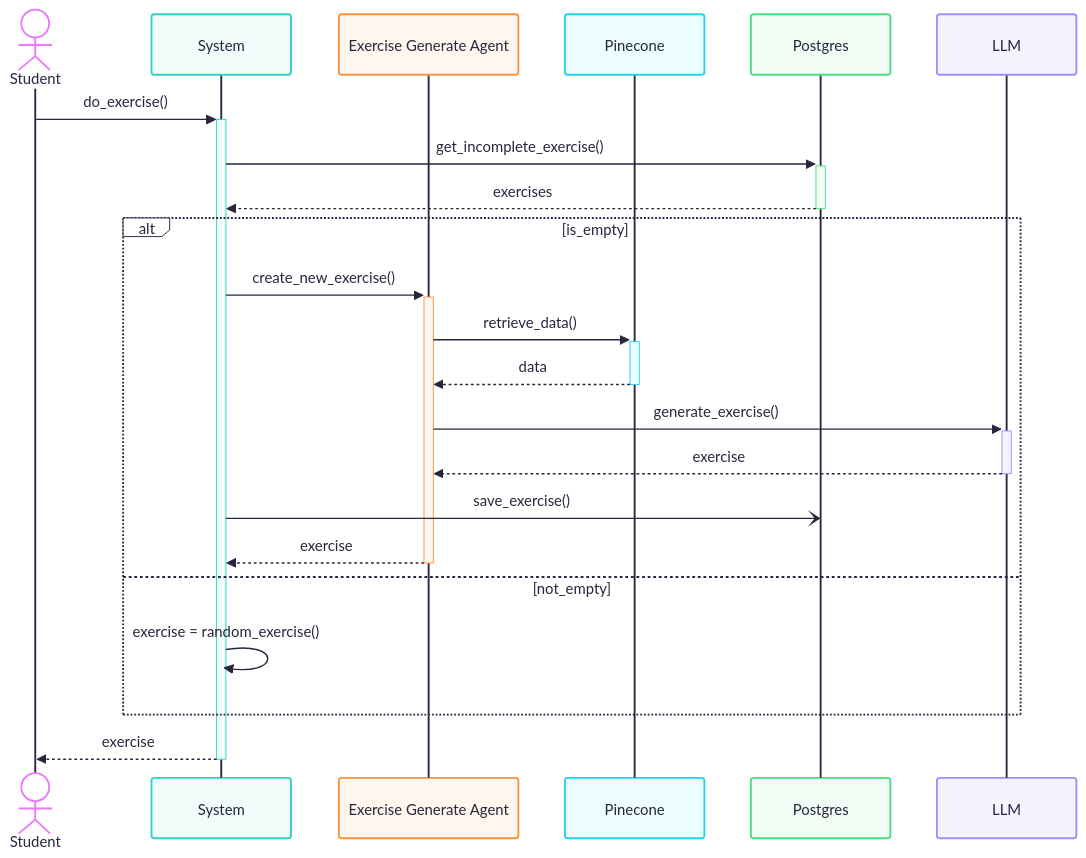
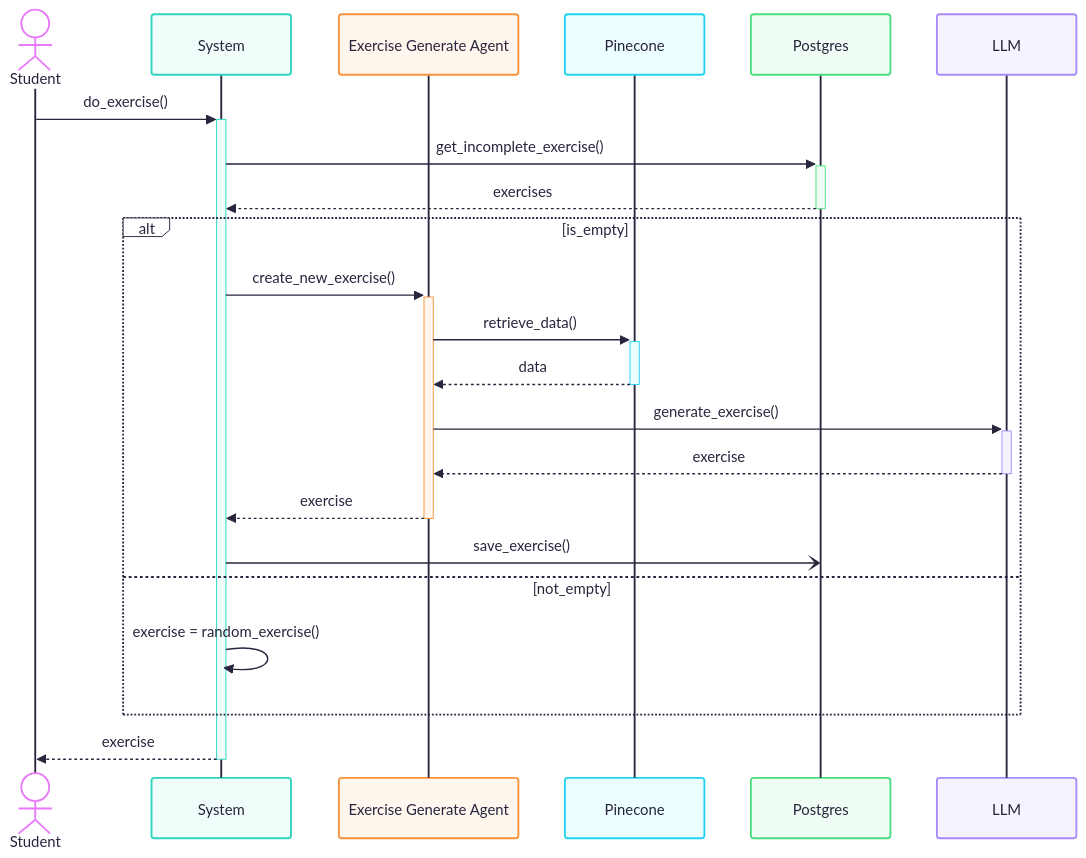
One commit to htilssu/DayGiaiThuat changed the diagram in docs/sequence/create_question_sq.md. Above: the diagram before and after it, drawn with Mermaid.

````diff
--- a/docs/sequence/create_question_sq.md
+++ b/docs/sequence/create_question_sq.md
@@ -1,28 +1,29 @@
 ```mermaid
 ---
 config:
   theme: redux-color
 ---
 sequenceDiagram
   actor A1 as Student
   participant P1 as System
   participant P2 as Exercise Generate Agent
   participant P3 as Pinecone
   participant P4 as Postgres
   participant P5 as LLM
   A1 ->>+ P1: do_exercise()
   P1 ->>+ P4: get_incomplete_exercise()
   P4 -->>- P1: exercises
   alt is_empty
     P1 ->>+ P2: create_new_exercise()
     P2 ->>+ P3: retrieve_data()
     P3 -->>- P2: data
     P2 ->>+ P5: generate_exercise()
     P5 -->>- P2: exercise
+    P2 -->>- P1: exercise
     P1 -) P4: save_exercise()
-    P2 -->>- P1: exercise
   else not_empty
     P1 ->> P1: exercise = random_exercise()
   end
   P1 -->>- A1: exercise
+
 ```
````
